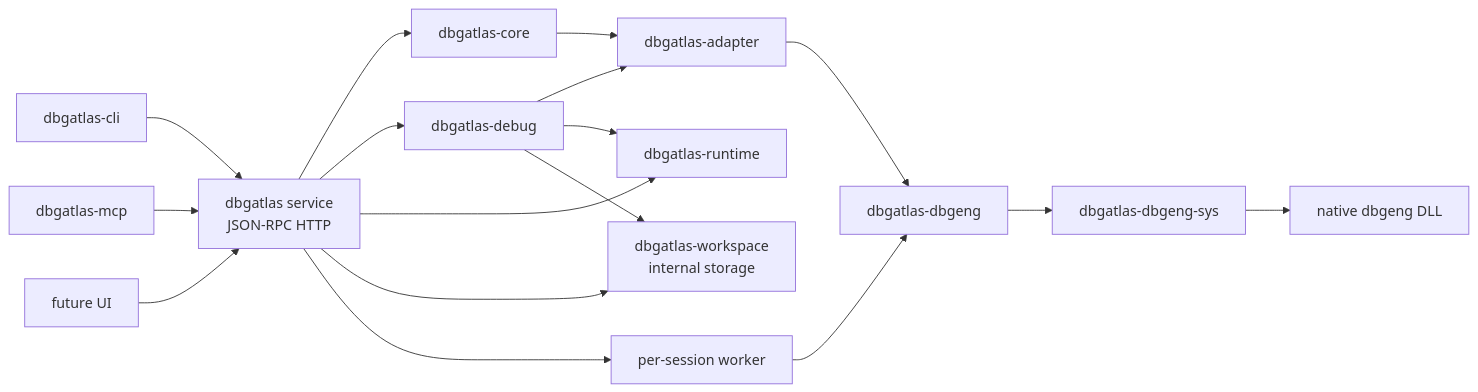
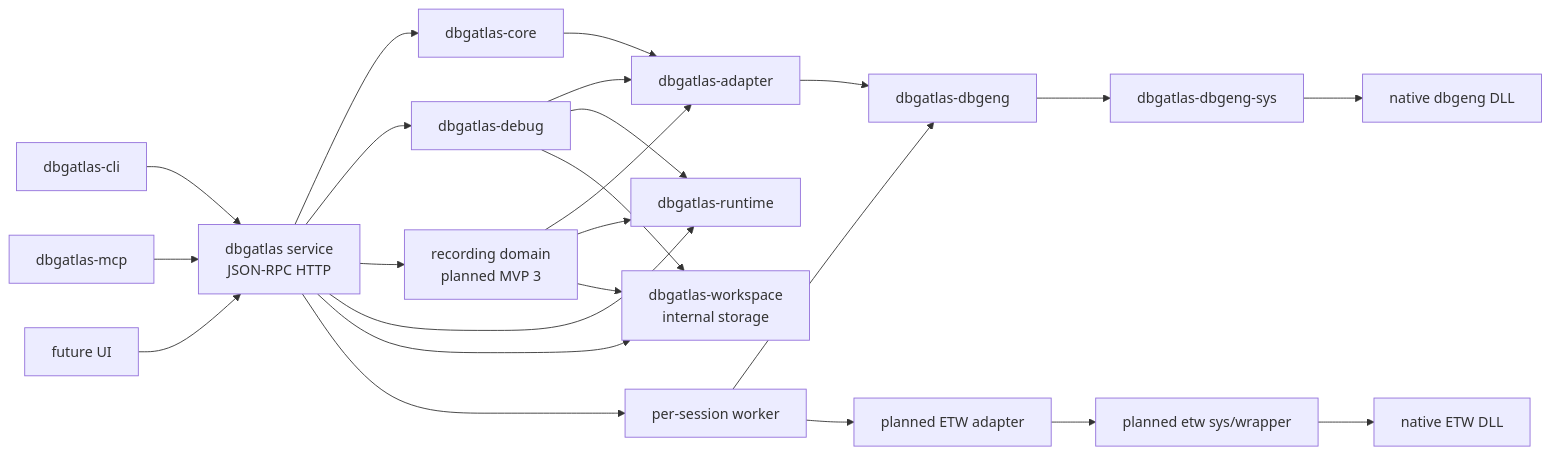
One commit to dstars-oss/dbgatlas changed the diagram in docs/architecture.md. Above: the diagram before and after it, drawn with Mermaid. The commit also changed other lines of this file and 26 other files, not shown here.

Commit message:
Implement MVP 3 ETW recording

````diff
--- a/docs/architecture.md
+++ b/docs/architecture.md
@@ -7,19 +7,26 @@
 ```mermaid
 flowchart LR
   CLI["dbgatlas-cli"] --> SVC["dbgatlas service\nJSON-RPC HTTP"]
   MCP["dbgatlas-mcp"] --> SVC
   UI["future UI"] --> SVC
   SVC --> CORE["dbgatlas-core"]
   SVC --> DEBUG["dbgatlas-debug"]
+  SVC --> REC["recording domain\nplanned MVP 3"]
   SVC --> RUNTIME["dbgatlas-runtime"]
   SVC --> WS["dbgatlas-workspace\ninternal storage"]
   SVC --> WORKER["per-session worker"]
   CORE --> AD["dbgatlas-adapter"]
   DEBUG --> AD
   DEBUG --> RUNTIME
   DEBUG --> WS
+  REC --> AD
+  REC --> RUNTIME
+  REC --> WS
   WORKER --> DBG
+  WORKER --> ETW["planned ETW adapter"]
   AD --> DBG["dbgatlas-dbgeng"]
   DBG --> SYS["dbgatlas-dbgeng-sys"]
   SYS --> DLL["native dbgeng DLL"]
+  ETW --> ETWSYS["planned etw sys/wrapper"]
+  ETWSYS --> ETWDLL["native ETW DLL"]
 ```
````
